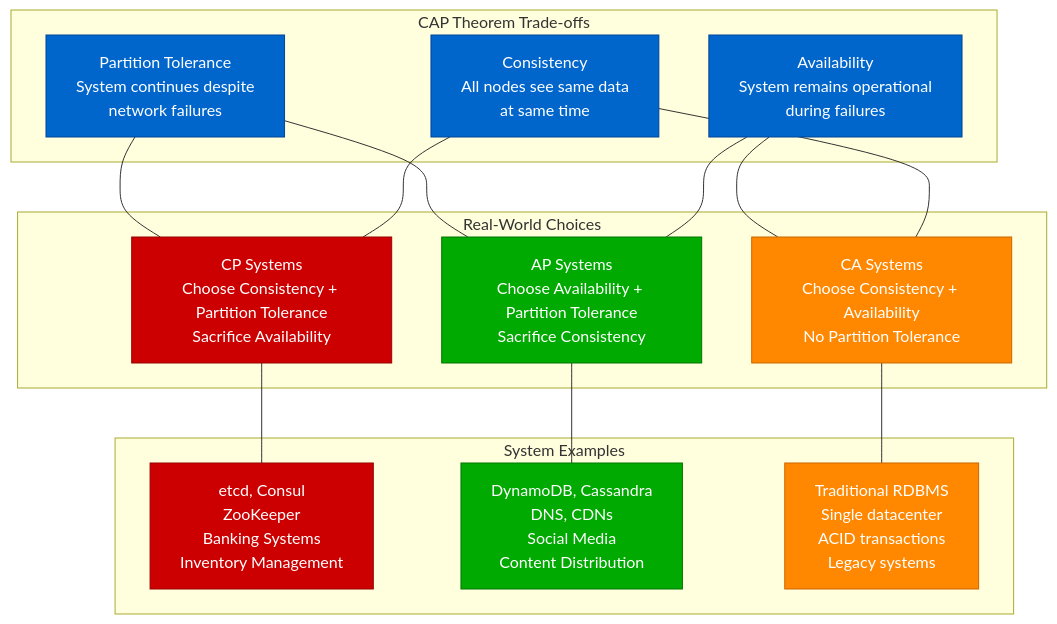
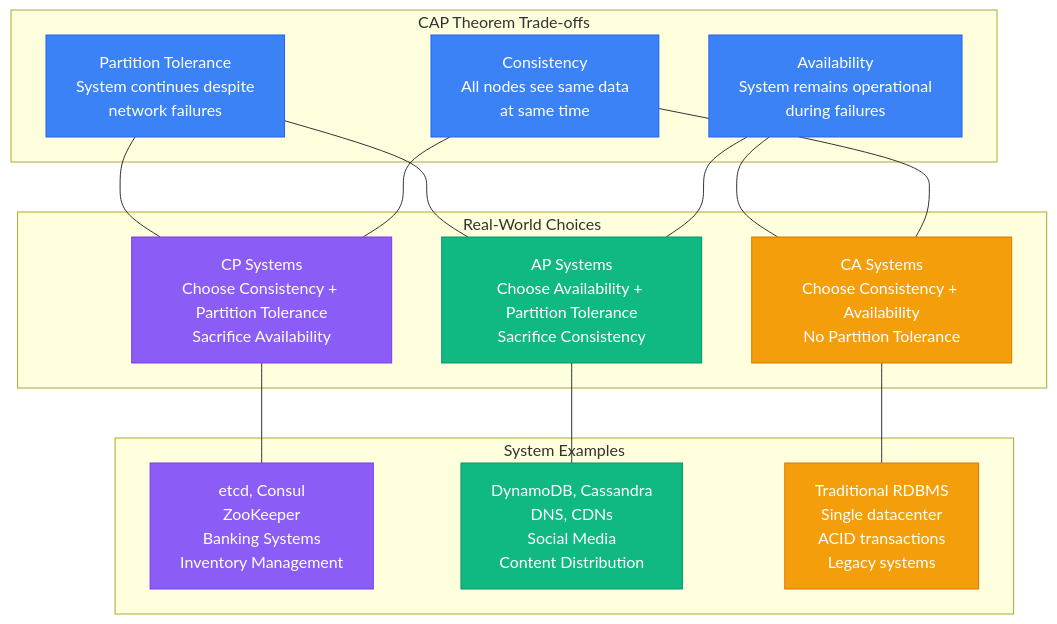
One commit to deepaucksharma/DS changed the second of 11 diagrams in site/docs/guarantees/linearizability/linearizability-tradeoffs.md. Above: the diagram before and after it, drawn with Mermaid. The commit also changed other lines of this file and 303 other files, not shown here.

````diff
--- a/site/docs/guarantees/linearizability/linearizability-tradeoffs.md
+++ b/site/docs/guarantees/linearizability/linearizability-tradeoffs.md
@@ -58,41 +58,41 @@
 ```mermaid
 graph TB
     subgraph CAPTriangle[CAP Theorem Trade-offs]
         C[Consistency<br/>All nodes see same data<br/>at same time]
         A[Availability<br/>System remains operational<br/>during failures]
         P[Partition Tolerance<br/>System continues despite<br/>network failures]
     end
 
     subgraph CAPChoices[Real-World Choices]
         CP[CP Systems<br/>Choose Consistency + Partition Tolerance<br/>Sacrifice Availability]
         AP[AP Systems<br/>Choose Availability + Partition Tolerance<br/>Sacrifice Consistency]
         CA[CA Systems<br/>Choose Consistency + Availability<br/>No Partition Tolerance]
     end
 
     subgraph Examples[System Examples]
         CPE[etcd, Consul<br/>ZooKeeper<br/>Banking Systems<br/>Inventory Management]
         APE[DynamoDB, Cassandra<br/>DNS, CDNs<br/>Social Media<br/>Content Distribution]
         CAE[Traditional RDBMS<br/>Single datacenter<br/>ACID transactions<br/>Legacy systems]
     end
 
     C --- CP
     P --- CP
     A --- AP
     P --- AP
     C --- CA
     A --- CA
 
     CP --- CPE
     AP --- APE
     CA --- CAE
 
-    classDef capStyle fill:#0066CC,stroke:#004499,color:#fff
-    classDef cpStyle fill:#CC0000,stroke:#990000,color:#fff
-    classDef apStyle fill:#00AA00,stroke:#007700,color:#fff
-    classDef caStyle fill:#FF8800,stroke:#CC6600,color:#fff
+    classDef capStyle fill:#3B82F6,stroke:#2563EB,color:#fff
+    classDef cpStyle fill:#8B5CF6,stroke:#7C3AED,color:#fff
+    classDef apStyle fill:#10B981,stroke:#059669,color:#fff
+    classDef caStyle fill:#F59E0B,stroke:#D97706,color:#fff
 
     class C,A,P capStyle
     class CP,CPE cpStyle
     class AP,APE apStyle
     class CA,CAE caStyle
 ```
````
